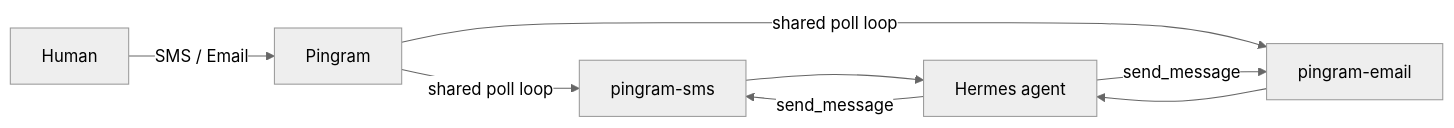
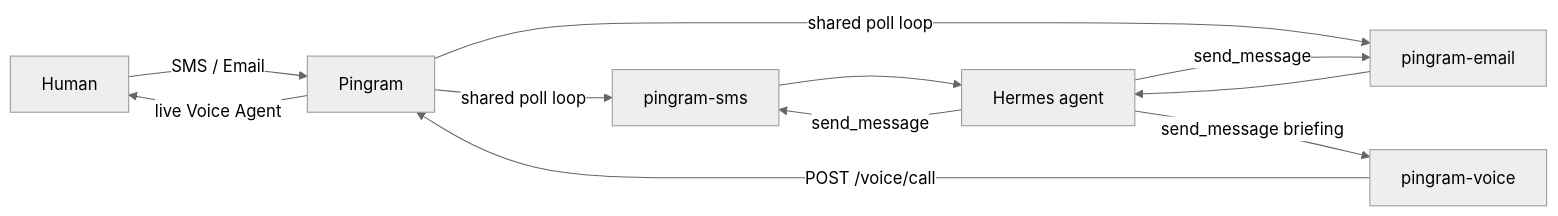
The diagram in README.md (pingram-io/hermes-gateway), drawn with Mermaid (neutral theme) before and after one commit. The commit also changed other lines of this file and 15 other files, not shown here.

First line of the commit message:
Add Voice Agent outbound calls to pingram-voice

````diff
--- a/README.md
+++ b/README.md
@@ -16,10 +17,13 @@
 ```mermaid
 flowchart LR
   human["Human"] -->|"SMS / Email"| pingram["Pingram"]
   pingram -->|"shared poll loop"| sms["pingram-sms"]
   pingram -->|"shared poll loop"| email["pingram-email"]
   sms --> agent["Hermes agent"]
   email --> agent
   agent -->|"send_message"| sms
   agent -->|"send_message"| email
+  agent -->|"send_message briefing"| voice["pingram-voice"]
+  voice -->|"POST /voice/call"| pingram
+  pingram -->|"live Voice Agent"| human
 ```
````
